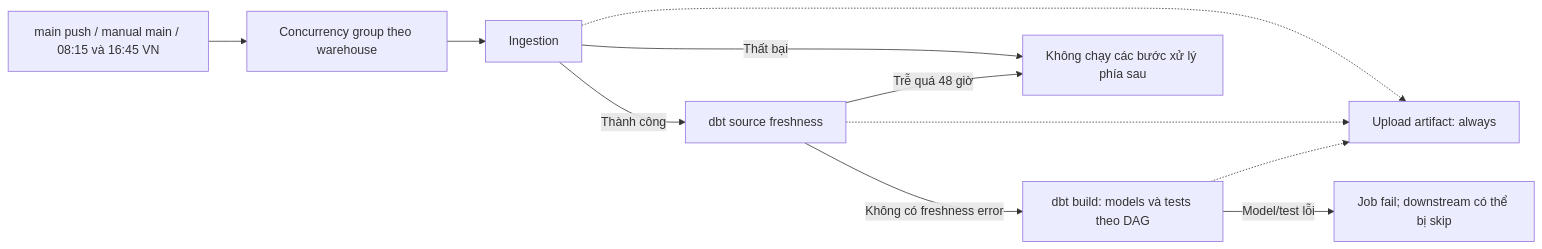
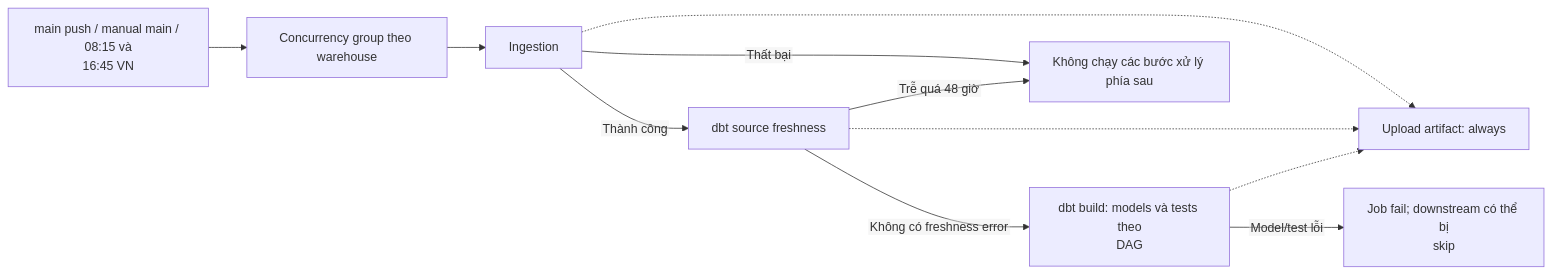
Before and after one commit to PhucTruong11/laplaptech_pipeline: the first of 7 diagrams in docs/architecture/data_flow.md, drawn with Mermaid. The commit also changed other lines of this file and 60 other files, not shown here.

````diff
--- a/docs/architecture/data_flow.md
+++ b/docs/architecture/data_flow.md
@@ -53,13 +31,14 @@
 ```mermaid
+%%{init: {"flowchart": {"htmlLabels": false}}}%%
 flowchart LR
-    T["main push / manual main / 08:15 và 16:45 VN"] --> Q["Concurrency group theo warehouse"]
+    T["main push / manual main / 08:15 và<br/>16:45 VN"] --> Q["Concurrency group theo warehouse"]
     Q --> I["Ingestion"]
     I -->|"Thành công"| F["dbt source freshness"]
-    F -->|"Không có freshness error"| D["dbt build: models và tests theo DAG"]
+    F -->|"Không có freshness error"| D["dbt build: models và tests theo<br/>DAG"]
     I -->|"Thất bại"| STOP["Không chạy các bước xử lý phía sau"]
     F -->|"Trễ quá 48 giờ"| STOP
-    D -->|"Model/test lỗi"| FAIL["Job fail; downstream có thể bị skip"]
+    D -->|"Model/test lỗi"| FAIL["Job fail; downstream có thể bị<br/>skip"]
     I -.-> A["Upload artifact: always"]
     F -.-> A
     D -.-> A
 ```
````
